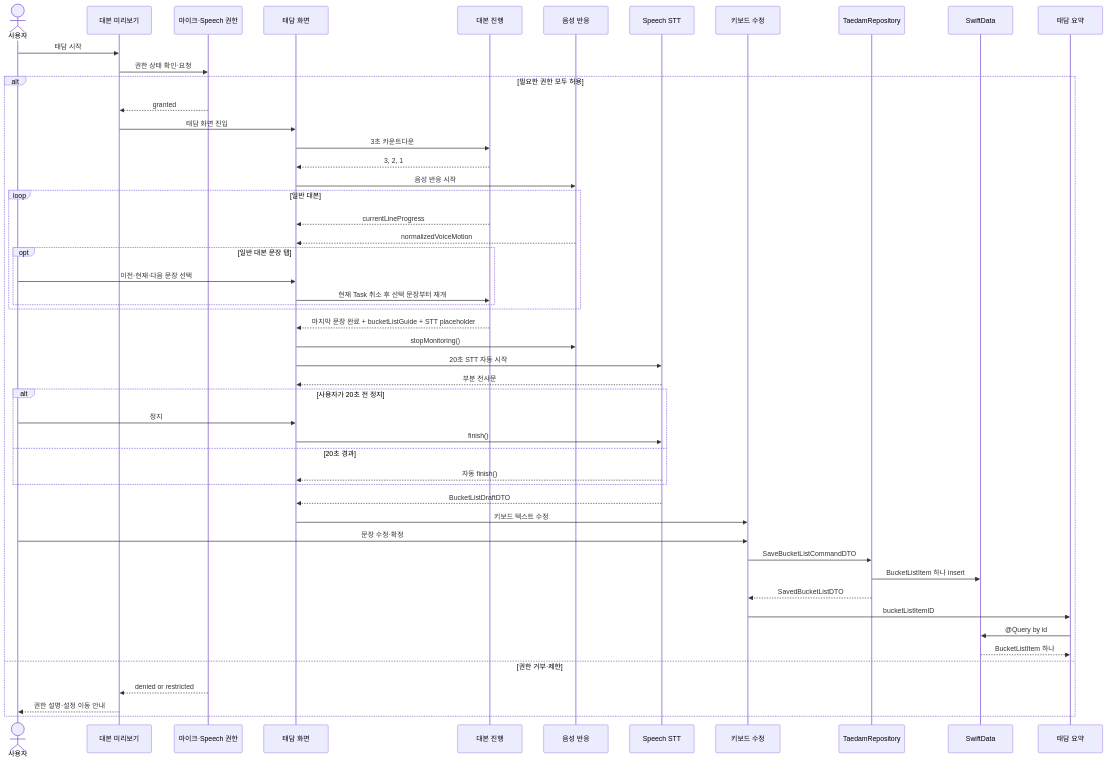
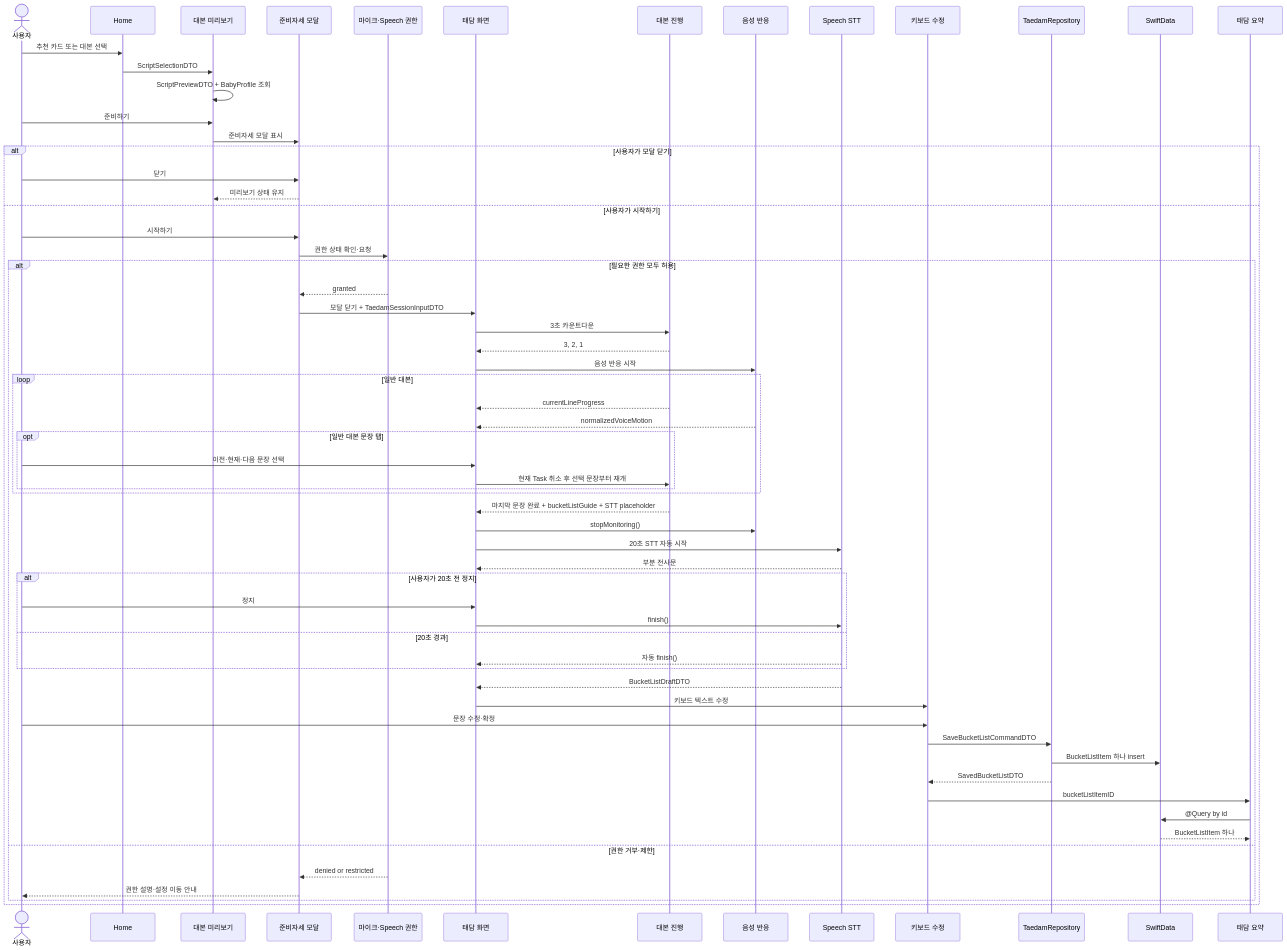
One commit to DeveloperAcademy-POSTECH/2026-C4-M15-siboya changed the diagram in docs/design/taedam-session-spec.md. Above: the diagram before and after it, drawn with Mermaid. The commit also changed other lines of this file and 5 other files, not shown here.

````diff
--- a/docs/design/taedam-session-spec.md
+++ b/docs/design/taedam-session-spec.md
@@ -110,54 +183,66 @@
 ```mermaid
 sequenceDiagram
     actor User as 사용자
+    participant Home as Home
     participant Preview as 대본 미리보기
+    participant Preparation as 준비자세 모달
     participant Permission as 마이크·Speech 권한
     participant Screen as 태담 화면
     participant Progress as 대본 진행
     participant Motion as 음성 반응
     participant Speech as Speech STT
     participant Keyboard as 키보드 수정
     participant Repository as TaedamRepository
     participant Data as SwiftData
     participant Summary as 태담 요약
 
-    User->>Preview: 태담 시작
-    Preview->>Permission: 권한 상태 확인·요청
-    alt 필요한 권한 모두 허용
-        Permission-->>Preview: granted
-        Preview->>Screen: 태담 화면 진입
-        Screen->>Progress: 3초 카운트다운
-        Progress-->>Screen: 3, 2, 1
-        Screen->>Motion: 음성 반응 시작
-        loop 일반 대본
-            Progress-->>Screen: currentLineProgress
-            Motion-->>Screen: normalizedVoiceMotion
-            opt 일반 대본 문장 탭
-                User->>Screen: 이전·현재·다음 문장 선택
-                Screen->>Progress: 현재 Task 취소 후 선택 문장부터 재개
+    User->>Home: 추천 카드 또는 대본 선택
+    Home->>Preview: ScriptSelectionDTO
+    Preview->>Preview: ScriptPreviewDTO + BabyProfile 조회
+    User->>Preview: 준비하기
+    Preview->>Preparation: 준비자세 모달 표시
+    alt 사용자가 모달 닫기
+        User->>Preparation: 닫기
+        Preparation-->>Preview: 미리보기 상태 유지
+    else 사용자가 시작하기
+        User->>Preparation: 시작하기
+        Preparation->>Permission: 권한 상태 확인·요청
+        alt 필요한 권한 모두 허용
+            Permission-->>Preparation: granted
+            Preparation->>Screen: 모달 닫기 + TaedamSessionInputDTO
+            Screen->>Progress: 3초 카운트다운
+            Progress-->>Screen: 3, 2, 1
+            Screen->>Motion: 음성 반응 시작
+            loop 일반 대본
+                Progress-->>Screen: currentLineProgress
+                Motion-->>Screen: normalizedVoiceMotion
+                opt 일반 대본 문장 탭
+                    User->>Screen: 이전·현재·다음 문장 선택
+                    Screen->>Progress: 현재 Task 취소 후 선택 문장부터 재개
+                end
             end
+            Progress-->>Screen: 마지막 문장 완료 + bucketListGuide + STT placeholder
+            Screen->>Motion: stopMonitoring()
+            Screen->>Speech: 20초 STT 자동 시작
+            Speech-->>Screen: 부분 전사문
+            alt 사용자가 20초 전 정지
+                User->>Screen: 정지
+                Screen->>Speech: finish()
+            else 20초 경과
+                Speech-->>Screen: 자동 finish()
+            end
+            Speech-->>Screen: BucketListDraftDTO
+            Screen->>Keyboard: 키보드 텍스트 수정
+            User->>Keyboard: 문장 수정·확정
+            Keyboard->>Repository: SaveBucketListCommandDTO
+            Repository->>Data: BucketListItem 하나 insert
+            Repository-->>Keyboard: SavedBucketListDTO
+            Keyboard->>Summary: bucketListItemID
+            Summary->>Data: @Query by id
+            Data-->>Summary: BucketListItem 하나
+        else 권한 거부·제한
+            Permission-->>Preparation: denied or restricted
+            Preparation-->>User: 권한 설명·설정 이동 안내
         end
-        Progress-->>Screen: 마지막 문장 완료 + bucketListGuide + STT placeholder
-        Screen->>Motion: stopMonitoring()
-        Screen->>Speech: 20초 STT 자동 시작
-        Speech-->>Screen: 부분 전사문
-        alt 사용자가 20초 전 정지
-            User->>Screen: 정지
-            Screen->>Speech: finish()
-        else 20초 경과
-            Speech-->>Screen: 자동 finish()
-        end
-        Speech-->>Screen: BucketListDraftDTO
-        Screen->>Keyboard: 키보드 텍스트 수정
-        User->>Keyboard: 문장 수정·확정
-        Keyboard->>Repository: SaveBucketListCommandDTO
-        Repository->>Data: BucketListItem 하나 insert
-        Repository-->>Keyboard: SavedBucketListDTO
-        Keyboard->>Summary: bucketListItemID
-        Summary->>Data: @Query by id
-        Data-->>Summary: BucketListItem 하나
-    else 권한 거부·제한
-        Permission-->>Preview: denied or restricted
-        Preview-->>User: 권한 설명·설정 이동 안내
     end
 ```
````
